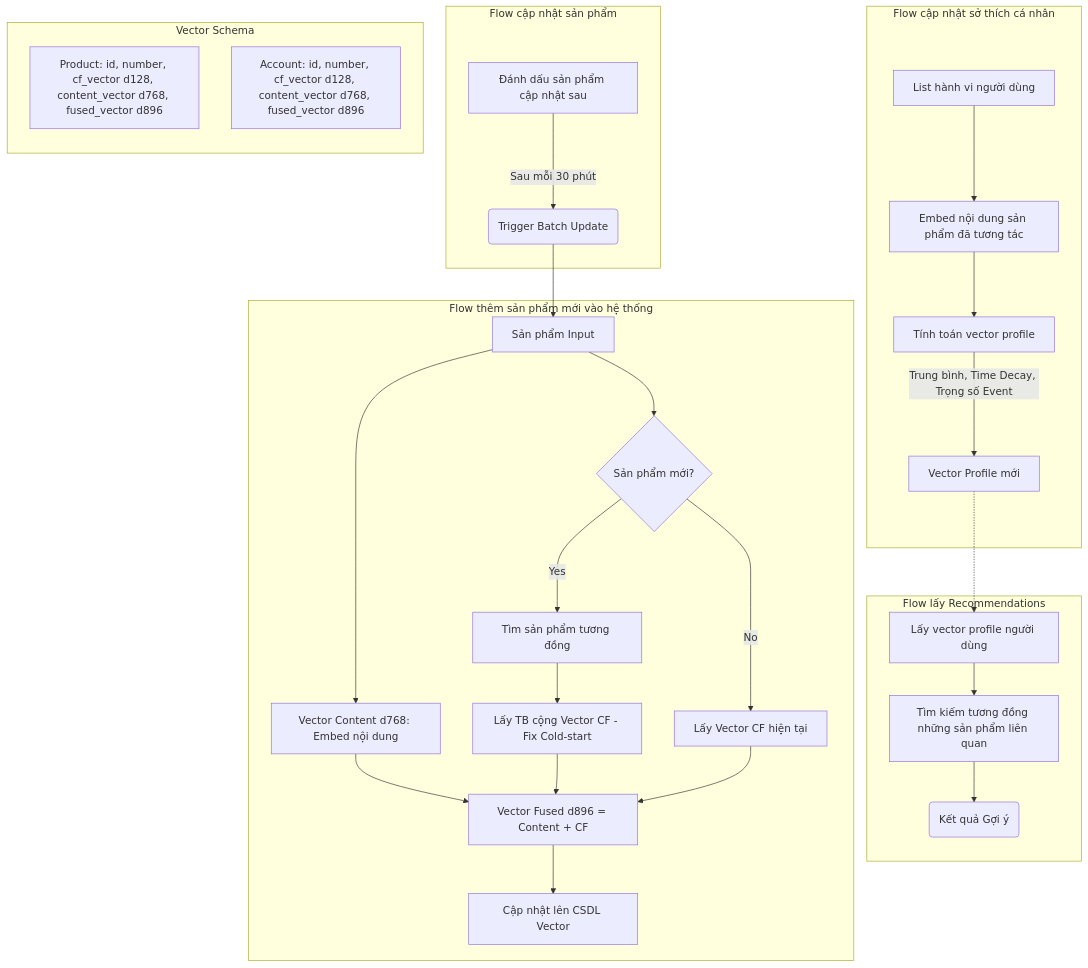
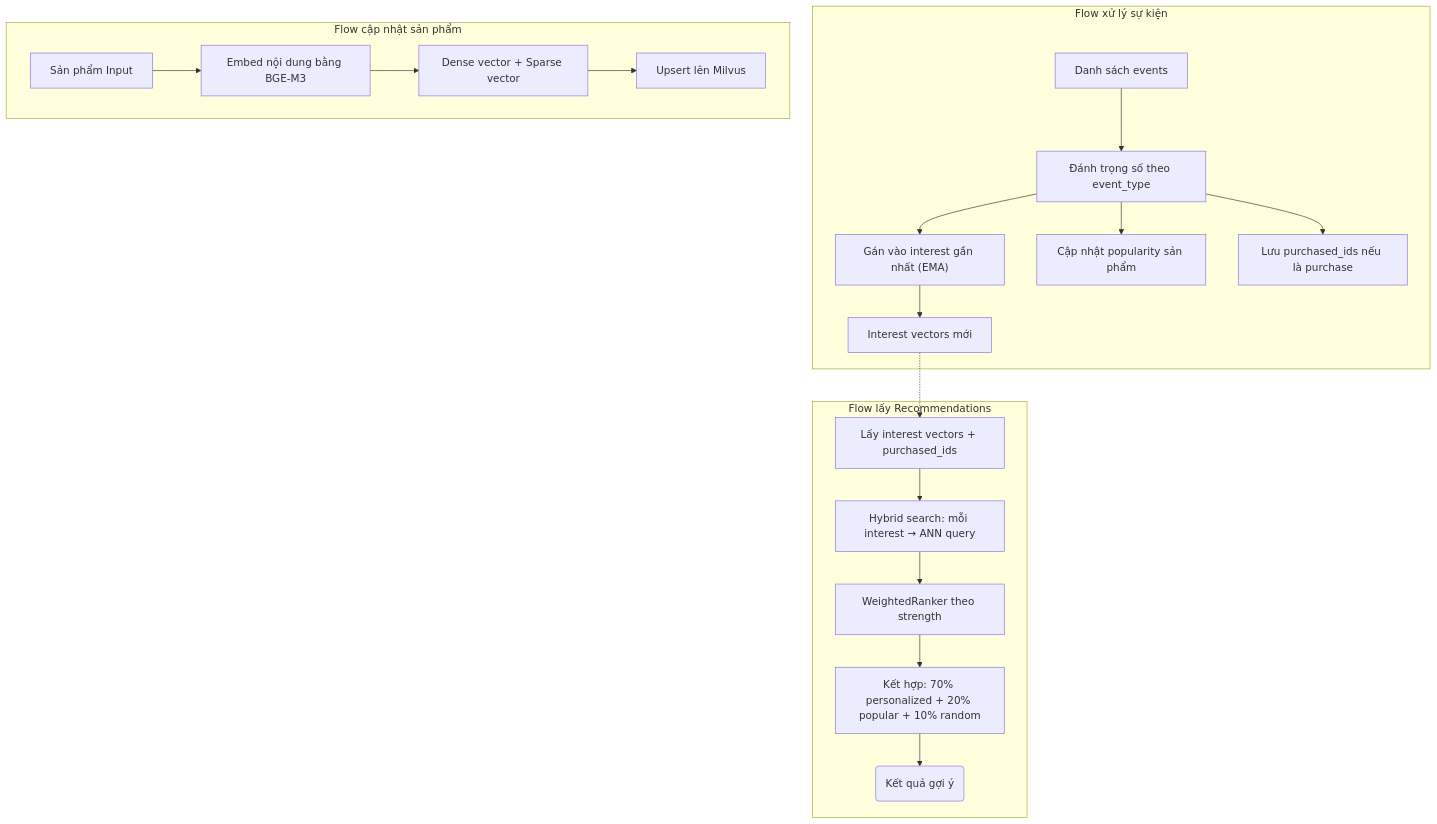
Before and after one commit to shopnexus/shopnexus-recommender: the diagram in README.md, drawn with Mermaid. The commit also changed other lines of this file and 10 other files, not shown here.

````diff
--- a/README.md
+++ b/README.md
@@ -107,95 +99,43 @@
 flowchart TB
 
 subgraph RecFlow["Flow lấy Recommendations"]
-
-R2["Tìm kiếm tương đồng những sản phẩm liên quan"]
-
-R1["Lấy vector profile người dùng"]
-
-R3("Kết quả Gợi ý")
-
+    R1["Lấy interest vectors + purchased_ids"]
+    R2["Hybrid search: mỗi interest → ANN query"]
+    R3["WeightedRanker theo strength"]
+    R4["Kết hợp: 70% personalized + 20% popular + 10% random"]
+    R5("Kết quả gợi ý")
 end
 
-subgraph UpdateInterest["Flow cập nhật sở thích cá nhân"]
-
-U2["Embed nội dung sản phẩm đã tương tác"]
-
-U1["List hành vi người dùng"]
-
-U3["Tính toán vector profile"]
-
-U4["Vector Profile mới"]
-
+subgraph EventFlow["Flow xử lý sự kiện"]
+    E1["Danh sách events"]
+    E2["Đánh trọng số theo event_type"]
+    E3["Gán vào interest gần nhất (EMA)"]
+    E4["Cập nhật popularity sản phẩm"]
+    E5["Lưu purchased_ids nếu là purchase"]
+    E6["Interest vectors mới"]
 end
 
-subgraph ProductUpdate["Flow cập nhật sản phẩm"]
-
-P2("Trigger Batch Update")
-
-P1["Đánh dấu sản phẩm cập nhật sau"]
-
-end
-
-subgraph AddProduct["Flow thêm sản phẩm mới vào hệ thống"]
-
-N_Content["Vector Content d768: Embed nội dung"]
-
-N1["Sản phẩm Input"]
-
-CheckNew{"Sản phẩm mới?"}
-
-FindSim["Tìm sản phẩm tương đồng"]
-
-N_CF_New["Lấy TB cộng Vector CF - Fix Cold-start"]
-
-N_CF_Old["Lấy Vector CF hiện tại"]
-
-N_Fused["Vector Fused d896 = Content + CF"]
-
-DB_Update["Cập nhật lên CSDL Vector"]
-
-end
-
-subgraph Schema["Vector Schema"]
-
-direction TB
-
-Schema_Prod["Product: id, number, cf_vector d128, content_vector d768, fused_vector d896"]
-
-Schema_Acc["Account: id, number, cf_vector d128, content_vector d768, fused_vector d896"]
-
+subgraph ProductFlow["Flow cập nhật sản phẩm"]
+    P1["Sản phẩm Input"]
+    P2["Embed nội dung bằng BGE-M3"]
+    P3["Dense vector + Sparse vector"]
+    P4["Upsert lên Milvus"]
 end
 
 R1 --> R2
+R2 --> R3
+R3 --> R4
+R4 --> R5
 
-R2 --> R3
+E1 --> E2
+E2 --> E3
+E2 --> E4
+E2 --> E5
+E3 --> E6
 
-U1 --> U2
+P1 --> P2
+P2 --> P3
+P3 --> P4
 
-U2 --> U3
-
-U3 -- Trung bình, Time Decay, Trọng số Event --> U4
-
-P1 -- Sau mỗi 30 phút --> P2
-
-N1 --> N_Content & CheckNew
-
-CheckNew -- Yes --> FindSim
-
-FindSim --> N_CF_New
-
-CheckNew -- No --> N_CF_Old
-
-N_Content --> N_Fused
-
-N_CF_New --> N_Fused
-
-N_CF_Old --> N_Fused
-
-N_Fused --> DB_Update
-
-P2 --> N1
-
-U4 -.-> R1
-
+E6 -.-> R1
 ```
````
